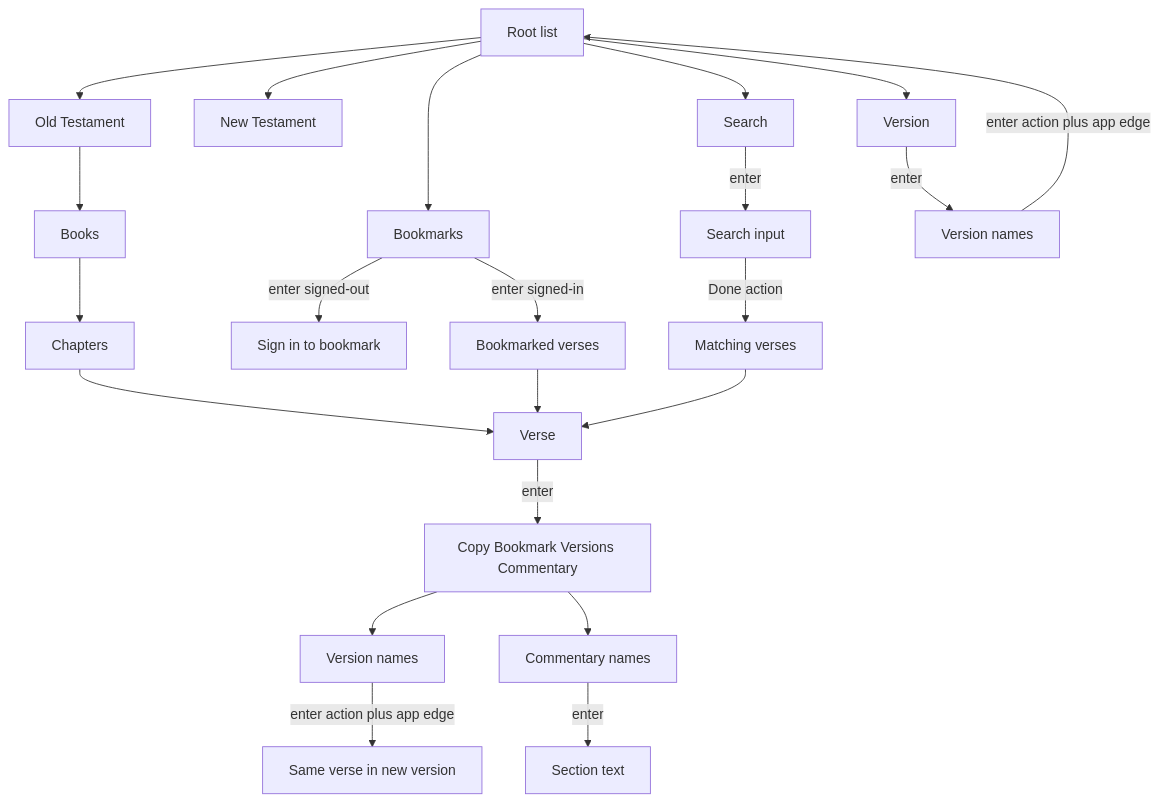
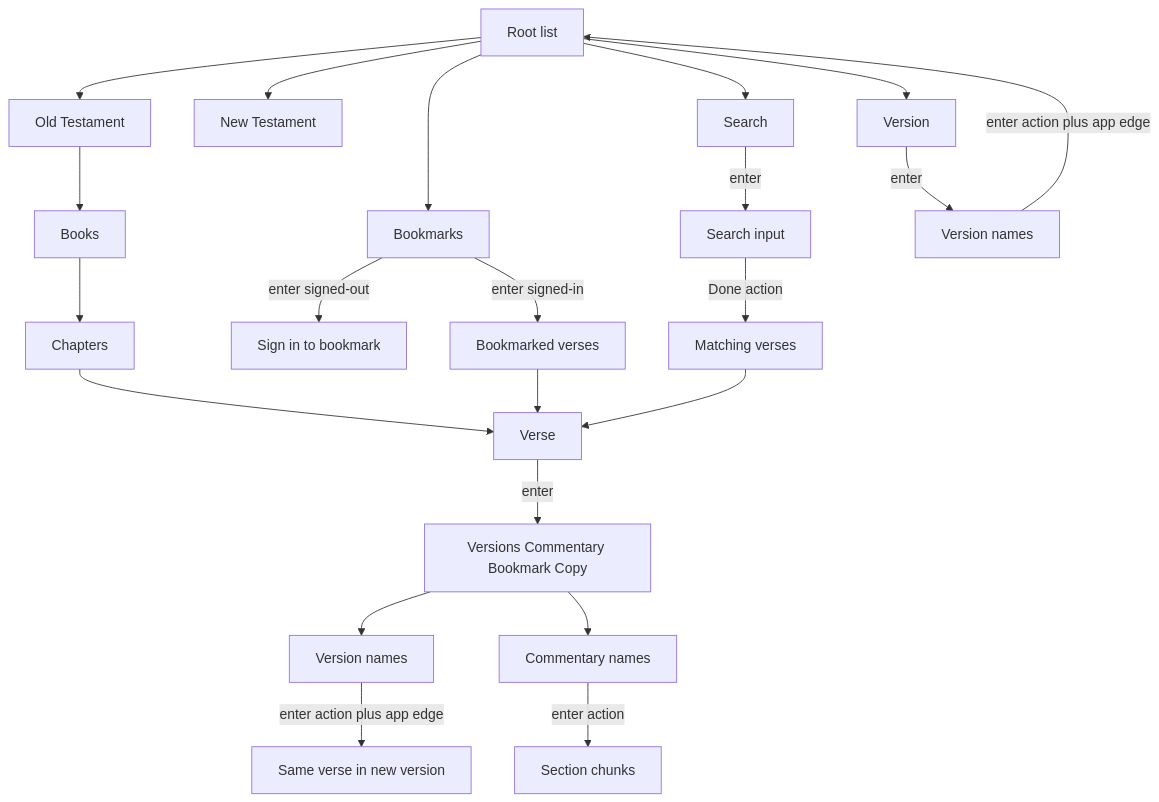
One commit to pmcculfor/nowisee changed the diagram in docs/BIBLE-PLAN.md. Above: the diagram before and after it, drawn with Mermaid. The commit also changed other lines of this file and 16 other files, not shown here.

First line of the commit message:
Fix verse-menu Versions landing on a dead list node, and make URL-opened verses walk back through chapter and book like in-session reading.

````diff
--- a/docs/BIBLE-PLAN.md
+++ b/docs/BIBLE-PLAN.md
@@ -73,25 +73,25 @@
 ```mermaid
 flowchart TD
   root[Root list]
   root --> OT[Old Testament]
   root --> NT[New Testament]
   root --> BM[Bookmarks]
   root --> SR[Search]
   root --> VER[Version]
   VER -->|enter| verList[Version names]
   verList -->|enter action plus app edge| root
   BM -->|enter signed-out| signIn[Sign in to bookmark]
   BM -->|enter signed-in| bmVerses[Bookmarked verses]
   SR -->|enter| input[Search input]
   input -->|Done action| hits[Matching verses]
   OT --> books[Books]
   books --> ch[Chapters]
   ch --> verse[Verse]
   bmVerses --> verse
   hits --> verse
-  verse -->|enter| opts[Copy Bookmark Versions Commentary]
+  verse -->|enter| opts[Versions Commentary Bookmark Copy]
   opts --> verList2[Version names]
   verList2 -->|enter action plus app edge| verseNew[Same verse in new version]
   opts --> commList[Commentary names]
-  commList -->|enter| section[Section text]
+  commList -->|enter action| chunks[Section chunks]
 ```
````
